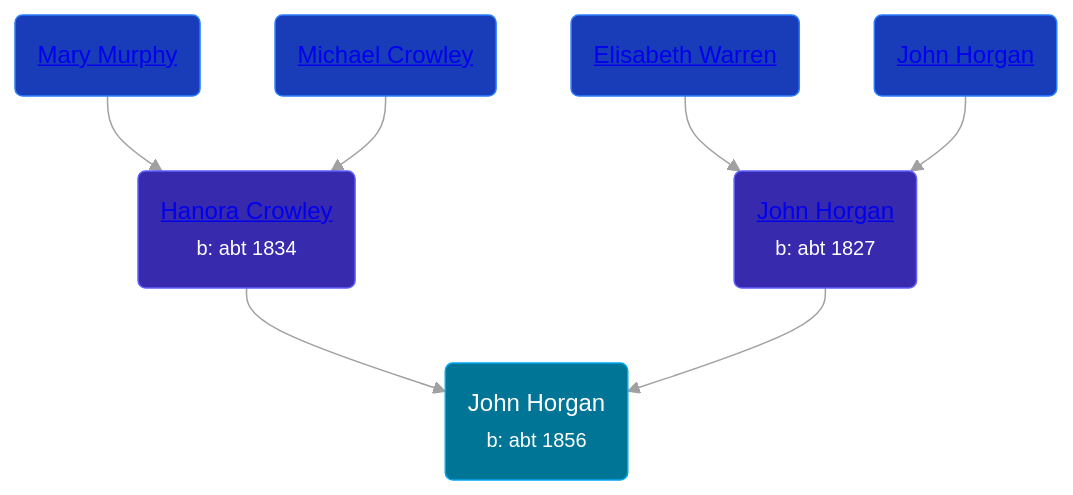
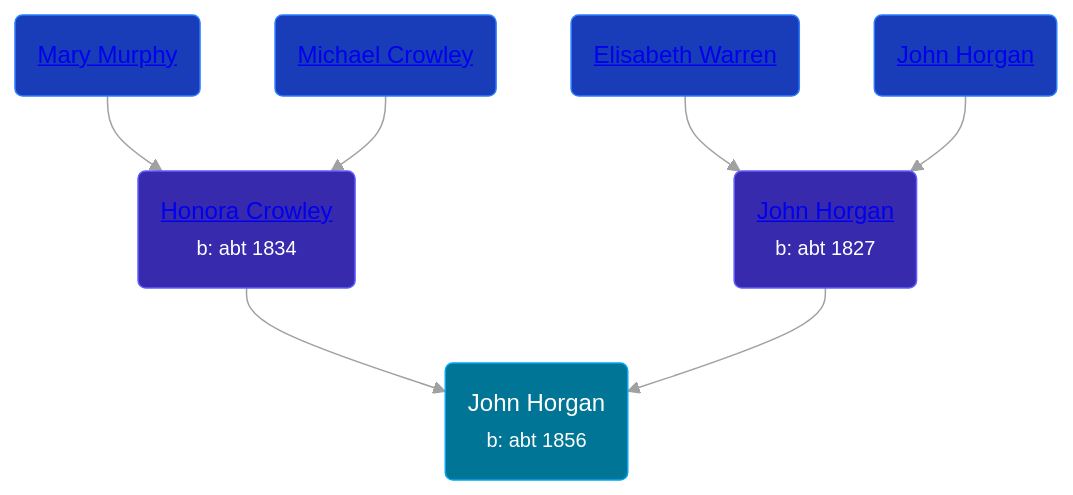
The diagram in pages/people/1/12278671.md (wpmgotkh/wpmgotkh.github.io), drawn with Mermaid before and after one commit. The commit also changed other lines of this file and 257 other files, not shown here.

````diff
--- a/pages/people/1/12278671.md
+++ b/pages/people/1/12278671.md
@@ -10,14 +10,14 @@
 ```mermaid
 graph
 classDef grands fill:#193cb8,stroke:#2b7fff,stroke-width:1px,color:#fff;
 classDef parents fill:#372aac,stroke:#615fff,stroke-width:1px,color:#fff;
 classDef primary fill:#007595,stroke:#00a6f4,stroke-width:1px,color:#fff;
 12278671(John Horgan<br /><small>b: abt 1856</small>):::primary
-72193795(<a class="text-white" href="/people/7/72193795">Hanora Crowley</a><br /><small>b: abt 1834</small>):::parents-->12278671
+72193795(<a class="text-white" href="/people/7/72193795">Honora Crowley</a><br /><small>b: abt 1834</small>):::parents-->12278671
 62618528(<a class="text-white" href="/people/6/62618528">Mary Murphy</a>):::grands-->72193795
 58336236(<a class="text-white" href="/people/5/58336236">Michael Crowley</a>):::grands-->72193795
 54161773(<a class="text-white" href="/people/5/54161773">John Horgan</a><br /><small>b: abt 1827</small>):::parents-->12278671
 68775768(<a class="text-white" href="/people/6/68775768">Elisabeth Warren</a>):::grands-->54161773
 42410084(<a class="text-white" href="/people/4/42410084">John Horgan</a>):::grands-->54161773
 linkStyle default stroke:#a1a1a1
 ```
````
